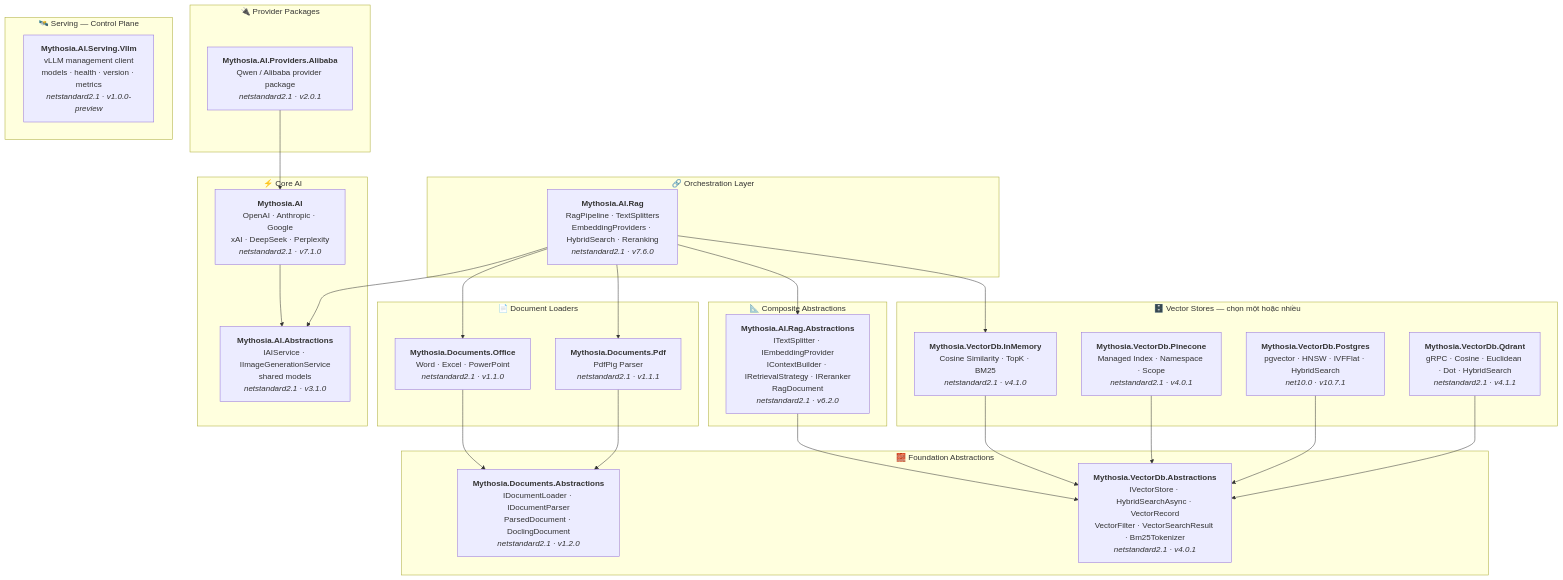
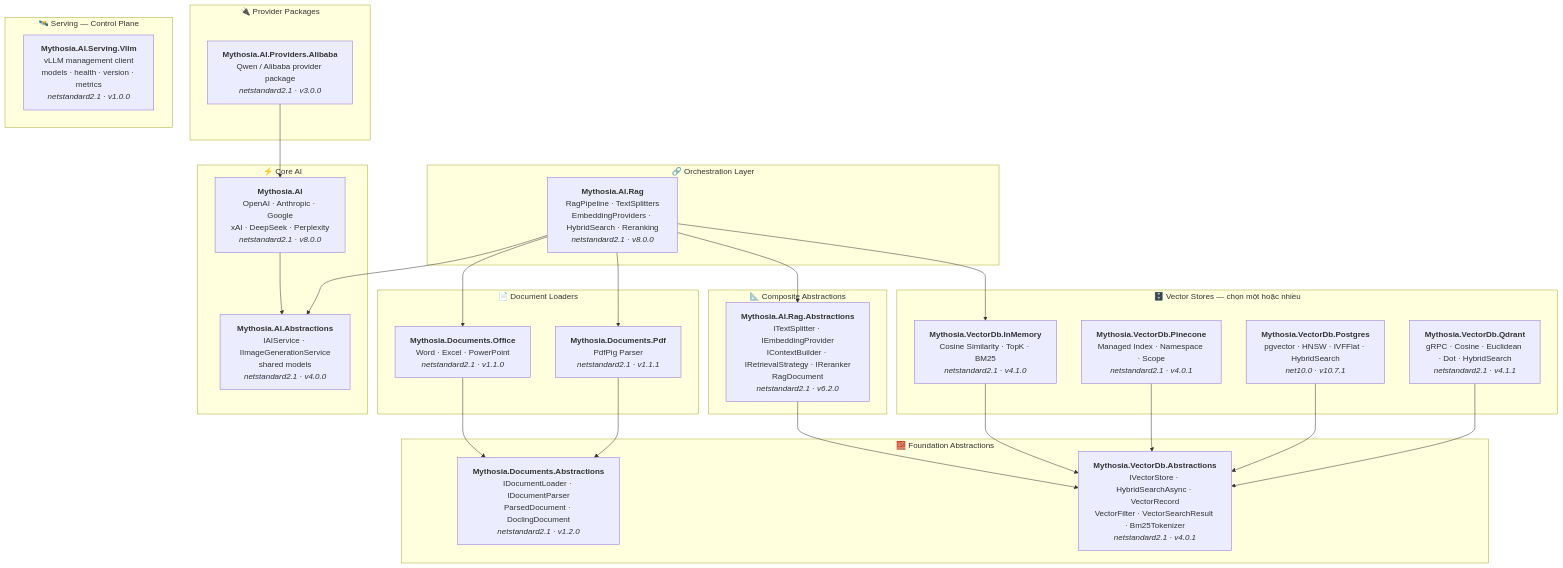
The diagram in docs/vi/README.md (AJ-comp/Mythosia.AI), drawn with Mermaid before and after one commit. The commit also changed other lines of this file and 645 other files, not shown here.

````diff
--- a/docs/vi/README.md
+++ b/docs/vi/README.md
@@ -52,55 +54,55 @@
 ```mermaid
 graph TD
     subgraph "🔗 Orchestration Layer"
-        Rag["<b>Mythosia.AI.Rag</b><br/>RagPipeline · TextSplitters<br/>EmbeddingProviders · HybridSearch · Reranking<br/><i>netstandard2.1 · v7.6.0</i>"]
+        Rag["<b>Mythosia.AI.Rag</b><br/>RagPipeline · TextSplitters<br/>EmbeddingProviders · HybridSearch · Reranking<br/><i>netstandard2.1 · v8.0.0</i>"]
     end
 
     subgraph "⚡ Core AI"
-        AI["<b>Mythosia.AI</b><br/>OpenAI · Anthropic · Google<br/>xAI · DeepSeek · Perplexity<br/><i>netstandard2.1 · v7.1.0</i>"]
-        AIAbs["<b>Mythosia.AI.Abstractions</b><br/>IAIService · IImageGenerationService<br/>shared models<br/><i>netstandard2.1 · v3.1.0</i>"]
+        AI["<b>Mythosia.AI</b><br/>OpenAI · Anthropic · Google<br/>xAI · DeepSeek · Perplexity<br/><i>netstandard2.1 · v8.0.0</i>"]
+        AIAbs["<b>Mythosia.AI.Abstractions</b><br/>IAIService · IImageGenerationService<br/>shared models<br/><i>netstandard2.1 · v4.0.0</i>"]
     end
 
     subgraph "🔌 Provider Packages"
-        Alibaba["<b>Mythosia.AI.Providers.Alibaba</b><br/>Qwen / Alibaba provider package<br/><i>netstandard2.1 · v2.0.1</i>"]
+        Alibaba["<b>Mythosia.AI.Providers.Alibaba</b><br/>Qwen / Alibaba provider package<br/><i>netstandard2.1 · v3.0.0</i>"]
     end
 
     subgraph "🛰️ Serving — Control Plane"
-        VllmServing["<b>Mythosia.AI.Serving.Vllm</b><br/>vLLM management client<br/>models · health · version · metrics<br/><i>netstandard2.1 · v1.0.0-preview</i>"]
+        VllmServing["<b>Mythosia.AI.Serving.Vllm</b><br/>vLLM management client<br/>models · health · version · metrics<br/><i>netstandard2.1 · v1.0.0</i>"]
     end
 
     subgraph "📄 Document Loaders"
         Office["<b>Mythosia.Documents.Office</b><br/>Word · Excel · PowerPoint<br/><i>netstandard2.1 · v1.1.0</i>"]
         Pdf["<b>Mythosia.Documents.Pdf</b><br/>PdfPig Parser<br/><i>netstandard2.1 · v1.1.1</i>"]
     end
 
     subgraph "📐 Composite Abstractions"
         RagAbs["<b>Mythosia.AI.Rag.Abstractions</b><br/>ITextSplitter · IEmbeddingProvider<br/>IContextBuilder · IRetrievalStrategy · IReranker<br/>RagDocument<br/><i>netstandard2.1 · v6.2.0</i>"]
     end
 
     subgraph "🗄️ Vector Stores — chọn một hoặc nhiều"
         InMem["<b>Mythosia.VectorDb.InMemory</b><br/>Cosine Similarity · TopK · BM25<br/><i>netstandard2.1 · v4.1.0</i>"]
         Pine["<b>Mythosia.VectorDb.Pinecone</b><br/>Managed Index · Namespace · Scope<br/><i>netstandard2.1 · v4.0.1</i>"]
         Pg["<b>Mythosia.VectorDb.Postgres</b><br/>pgvector · HNSW · IVFFlat · HybridSearch<br/><i>net10.0 · v10.7.1</i>"]
         Qd["<b>Mythosia.VectorDb.Qdrant</b><br/>gRPC · Cosine · Euclidean · Dot · HybridSearch<br/><i>netstandard2.1 · v4.1.1</i>"]
     end
 
     subgraph "🧱 Foundation Abstractions"
         LoaderAbs["<b>Mythosia.Documents.Abstractions</b><br/>IDocumentLoader · IDocumentParser<br/>ParsedDocument · DoclingDocument<br/><i>netstandard2.1 · v1.2.0</i>"]
         VdbAbs["<b>Mythosia.VectorDb.Abstractions</b><br/>IVectorStore · HybridSearchAsync · VectorRecord<br/>VectorFilter · VectorSearchResult · Bm25Tokenizer<br/><i>netstandard2.1 · v4.0.1</i>"]
     end
 
     AI --> AIAbs
     Rag --> AIAbs
     Rag --> Office
     Rag --> Pdf
     Rag --> RagAbs
     Rag --> InMem
     Alibaba --> AI
     RagAbs --> VdbAbs
     Office --> LoaderAbs
     Pdf --> LoaderAbs
     InMem --> VdbAbs
     Pine --> VdbAbs
     Pg --> VdbAbs
     Qd --> VdbAbs
 ```
````
